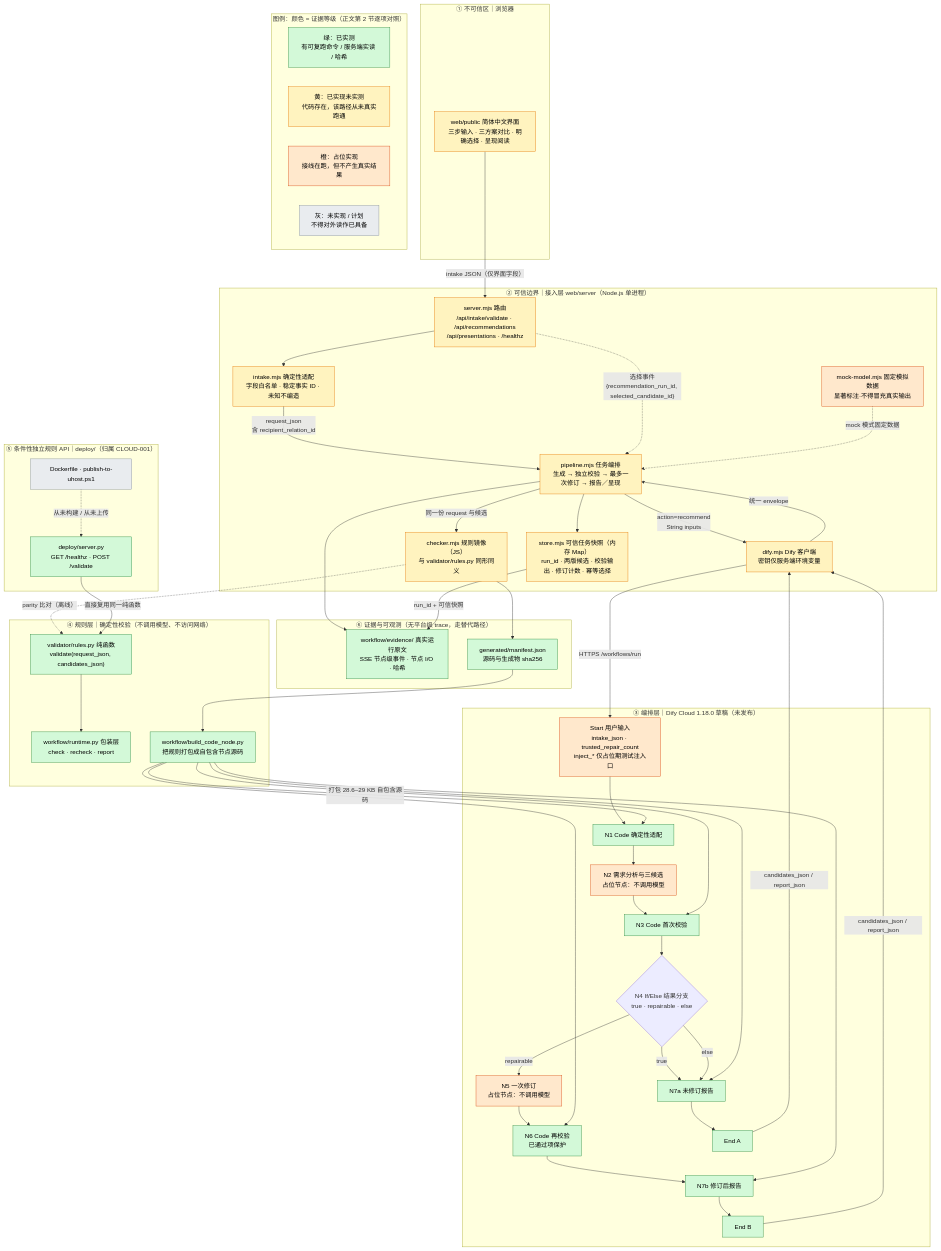
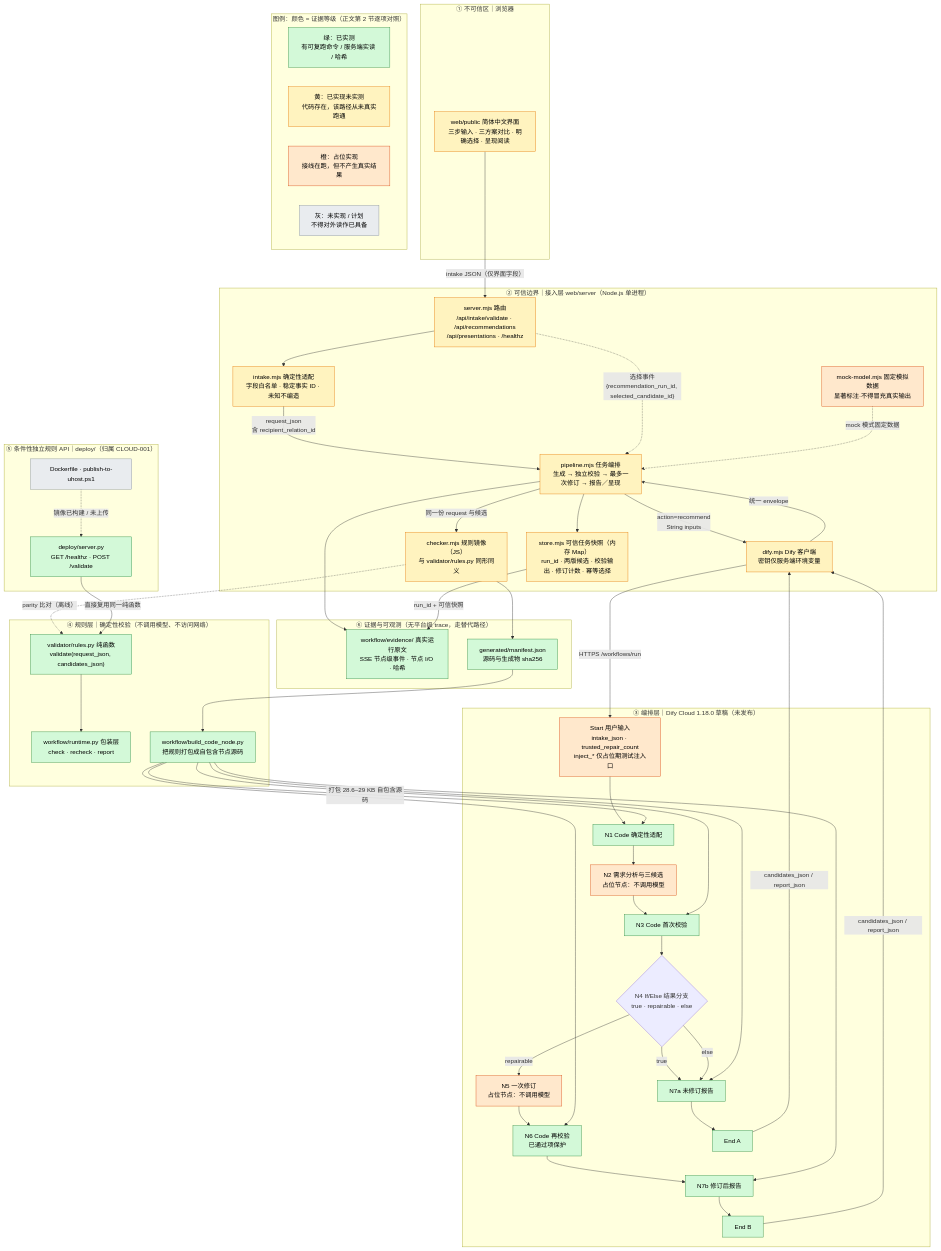
One commit to sunnyyang0822-stack/GiftWise-AI changed the first of 2 diagrams in docs/architecture.md. Above: the diagram before and after it, drawn with Mermaid. The commit also changed other lines of this file and 30 other files, not shown here.

```diff
--- a/docs/architecture.md
+++ b/docs/architecture.md
@@ -158,7 +160,7 @@
     ROUTE -.->|"选择事件<br/>{recommendation_run_id, selected_candidate_id}"| PIPE
     MOCK -.->|"mock 模式固定数据"| PIPE
     SRV -->|"直接复用同一纯函数"| RULES
-    DOCKER -.->|"从未构建 / 从未上传"| SRV
+    DOCKER -.->|"镜像已构建 / 未上传"| SRV
 
     classDef measured fill:#d3f9d8,stroke:#2b8a3e,color:#000
     classDef unverified fill:#fff3bf,stroke:#e67700,color:#000
```
